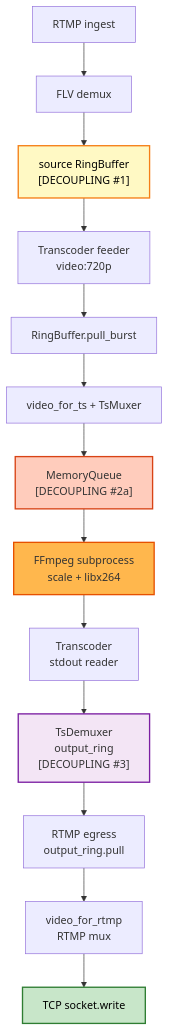
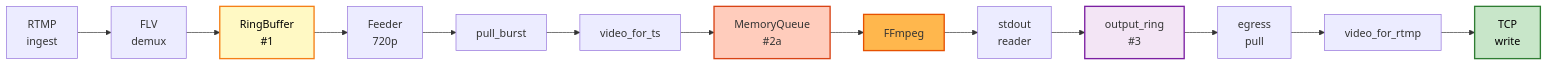
The ninth of 24 diagrams in docs/run-to-completion-analysis.md (live-miracles/restream), drawn with Mermaid before and after one commit. The commit also changed other lines of this file, not shown here.

First line of the commit message:
Restructure diagrams to use horizontal layout for vertical space efficiency

````diff
--- a/docs/run-to-completion-analysis.md
+++ b/docs/run-to-completion-analysis.md
@@ -401,24 +334,13 @@
 ```mermaid
-graph TD
-    A["RTMP ingest"]
-    B["FLV demux"]
-    C["source RingBuffer<br/>[DECOUPLING #1]"]
-    D["Transcoder feeder<br/>video:720p"]
-    E["RingBuffer.pull_burst"]
-    F["video_for_ts + TsMuxer"]
-    G["MemoryQueue<br/>[DECOUPLING #2a]"]
-    H["FFmpeg subprocess<br/>scale + libx264"]
-    I["Transcoder<br/>stdout reader"]
-    J["TsDemuxer<br/>output_ring<br/>[DECOUPLING #3]"]
-    K["RTMP egress<br/>output_ring.pull"]
-    L["video_for_rtmp<br/>RTMP mux"]
-    M["TCP socket.write"]
-    
-    A --> B --> C --> D --> E --> F --> G --> H --> I --> J --> K --> L --> M
+graph LR
+    A["RTMP<br/>ingest"] --> B["FLV<br/>demux"] --> C["RingBuffer<br/>#1"] --> D["Feeder<br/>720p"]
+    D --> E["pull_burst"] --> F["video_for_ts"] --> G["MemoryQueue<br/>#2a"] --> H["FFmpeg"]
+    H --> I["stdout<br/>reader"] --> J["output_ring<br/>#3"] --> K["egress<br/>pull"] --> L["video_for_rtmp"]
+    L --> M["TCP<br/>write"]
     
     style C fill:#fff9c4,stroke:#f57f17,stroke-width:2px,color:#000
     style G fill:#ffccbc,stroke:#d84315,stroke-width:2px,color:#333
     style H fill:#ffb74d,stroke:#e65100,stroke-width:2px,color:#333
     style J fill:#f3e5f5,stroke:#7b1fa2,stroke-width:2px,color:#333
     style M fill:#c8e6c9,stroke:#2e7d32,stroke-width:2px,color:#000
 ```
````
